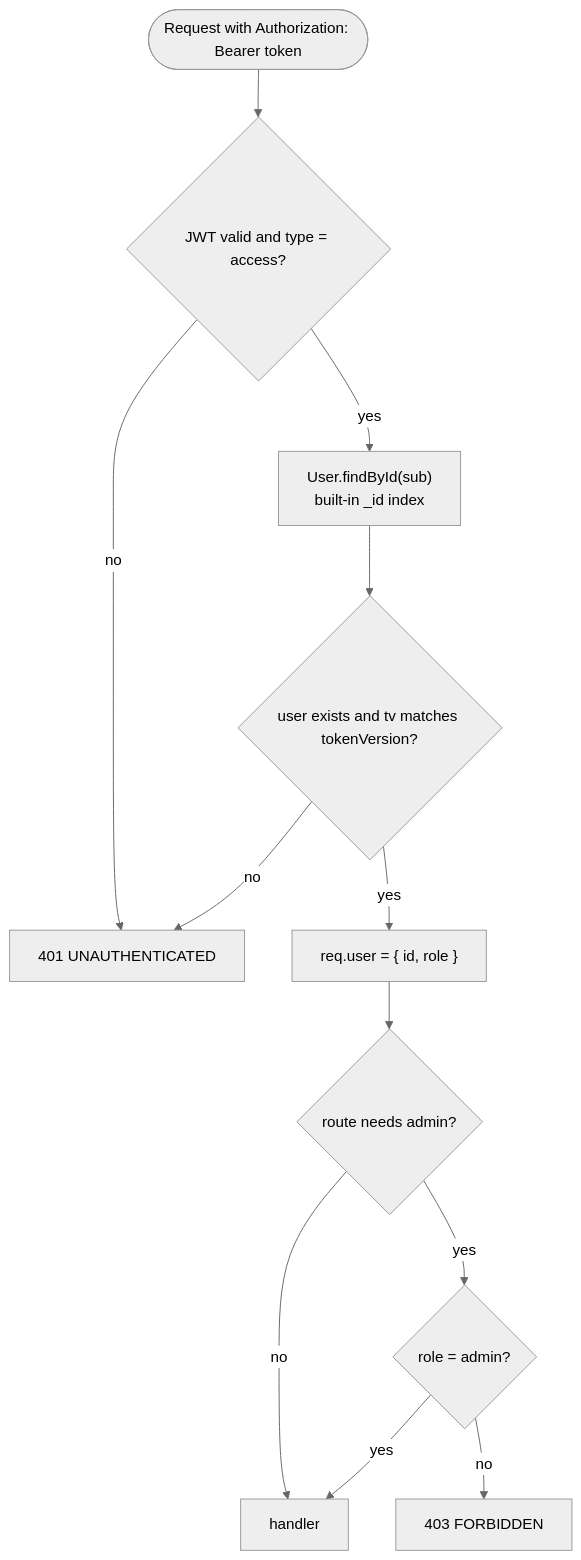
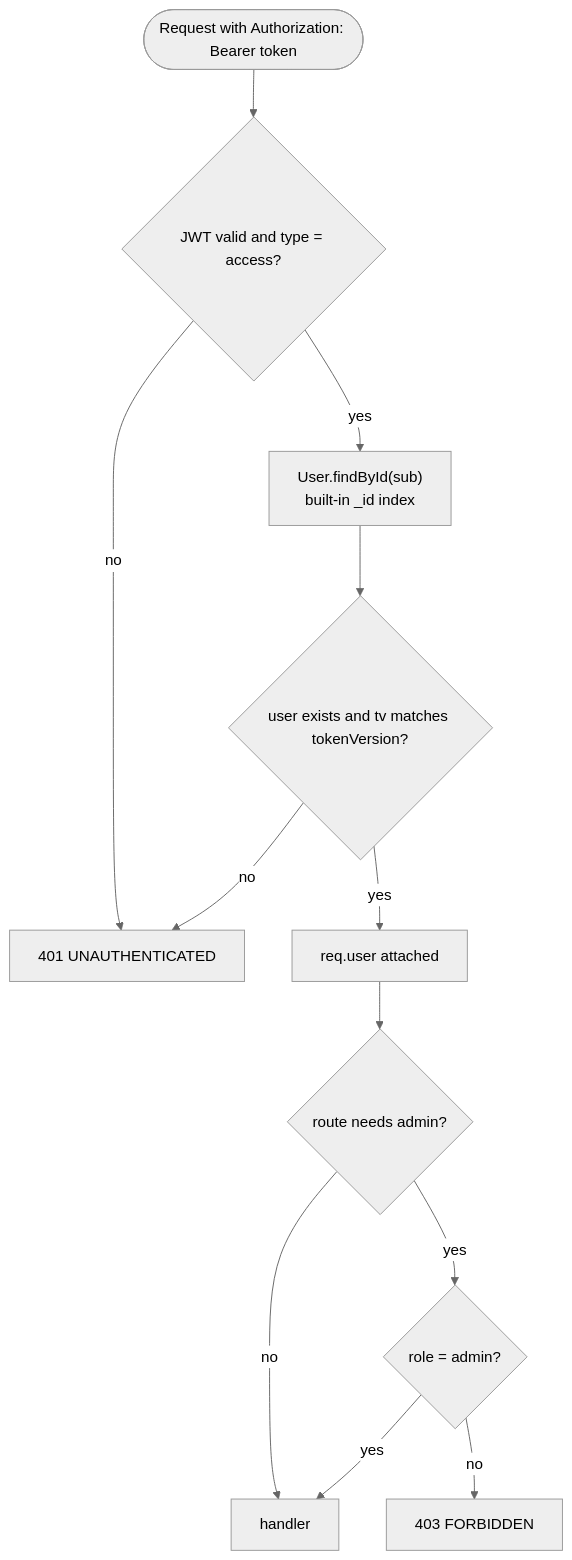
Before and after one commit to rimi-1234/note-taking-: the diagram in docs/feature/milestone-2-auth/module-2-rbac-and-profile/overview.md, drawn with Mermaid (neutral theme). The commit also changed other lines of this file and 13 other files, not shown here.

````diff
--- a/docs/feature/milestone-2-auth/module-2-rbac-and-profile/overview.md
+++ b/docs/feature/milestone-2-auth/module-2-rbac-and-profile/overview.md
@@ -20,14 +23,14 @@
 ```mermaid
 flowchart TD
     R(["Request with Authorization: Bearer token"]) --> V{"JWT valid and type = access?"}
     V -- no --> E401["401 UNAUTHENTICATED"]
     V -- yes --> F["User.findById(sub)<br/>built-in _id index"]
     F --> X{"user exists and tv matches tokenVersion?"}
     X -- no --> E401
-    X -- yes --> U["req.user = { id, role }"]
+    X -- yes --> U["req.user attached"]
     U --> G{"route needs admin?"}
     G -- no --> H["handler"]
     G -- yes --> A{"role = admin?"}
     A -- yes --> H
     A -- no --> E403["403 FORBIDDEN"]
 ```
````
